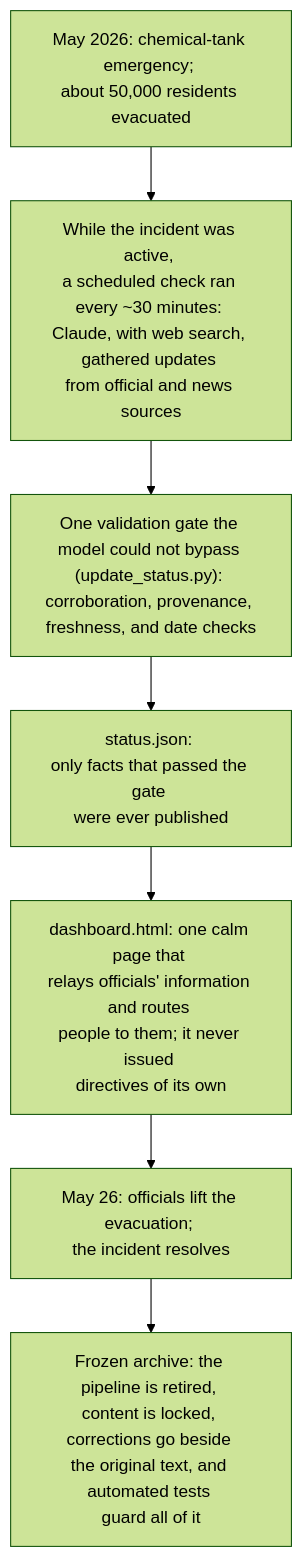
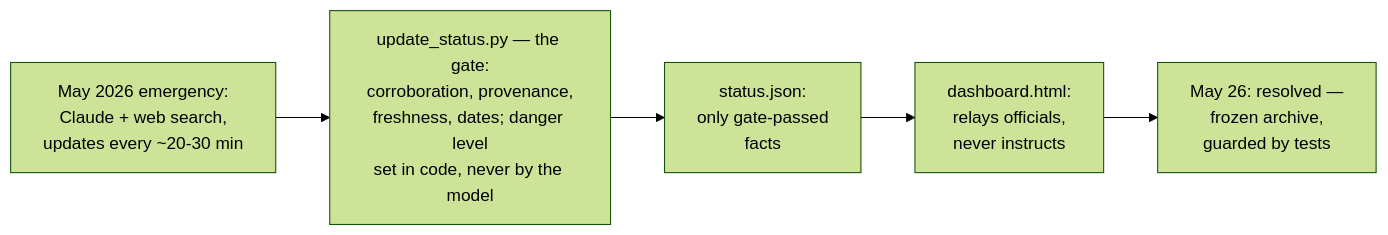
Before and after one commit to Mike-E-Log/gg-tank-watch: the diagram in README.md, drawn with Mermaid (forest theme). The commit also changed other lines of this file and 6 other files, not shown here.

````diff
--- a/README.md
+++ b/README.md
@@ -57,9 +58,7 @@
 ```mermaid
-flowchart TD
-    A["May 2026: chemical-tank emergency; <br>about 50,000 residents evacuated"] --> B["While the incident was active, <br>a scheduled check ran every ~30 minutes: <br>Claude, with web search, gathered updates <br>from official and news sources"]
-    B --> C["One validation gate the model could not bypass <br>(update_status.py): corroboration, provenance, <br>freshness, and date checks"]
-    C --> D["status.json: <br>only facts that passed the gate <br>were ever published"]
-    D --> E["dashboard.html: one calm page that <br>relays officials' information and routes <br>people to them; it never issued <br>directives of its own"]
-    E --> F["May 26: officials lift the evacuation; <br>the incident resolves"]
-    F --> G["Frozen archive: the pipeline is retired, <br>content is locked, corrections go beside <br>the original text, and automated tests <br>guard all of it"]
+flowchart LR
+    A["May 2026 emergency:<br>Claude + web search,<br>updates every ~20-30 min"] --> B["update_status.py — the gate:<br>corroboration, provenance,<br>freshness, dates; danger level<br>set in code, never by the model"]
+    B --> C["status.json:<br>only gate-passed<br>facts"]
+    C --> D["dashboard.html:<br>relays officials,<br>never instructs"]
+    D --> E["May 26: resolved —<br>frozen archive,<br>guarded by tests"]
 ```
````
